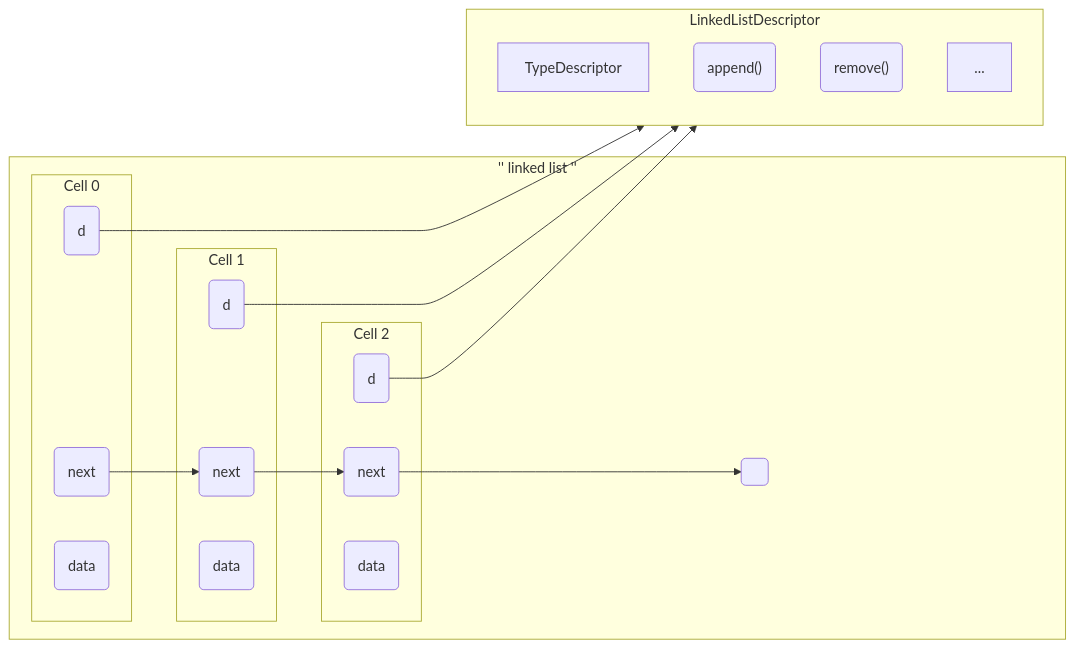
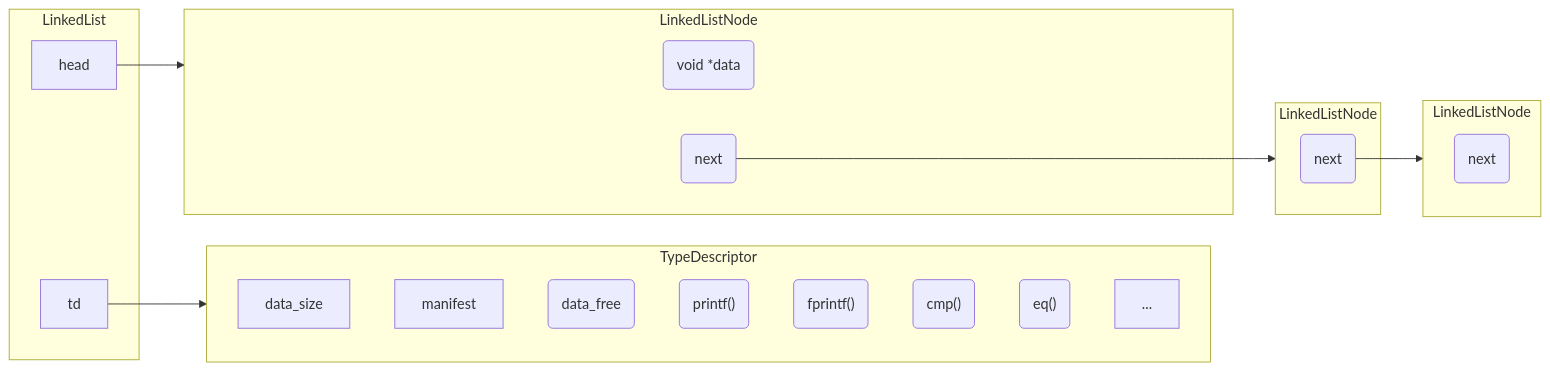
One commit to 4nt0ineB/MyLittleCLibrary changed the second of 2 diagrams in docs/implementation.md. Above: the diagram before and after it, drawn with Mermaid. The commit also changed other lines of this file and 12 other files, not shown here.

````diff
--- a/docs/implementation.md
+++ b/docs/implementation.md
@@ -75,33 +52,39 @@
 ```mermaid
 flowchart  LR
-	d0 --> lld
-	d1 --> lld
-	d2 --> lld
-	subgraph  lld[LinkedListDescriptor]
-		TypeDescriptor
-		f0("append()")
-		f1("remove()")
+
+	subgraph ll[LinkedList]
+		td
+		head
+	end
+	head --> cell0
+	td --> tdescriptor
+	 
+	subgraph  tdescriptor[TypeDescriptor]
+		data_size
+		manifest
+		f0("data_free")
+		f1("printf()")
+		f2("fprintf()")
+		f3("cmp()")
+		f4("eq()")
 		...
 	end
-	next0 --> next1
-	next1 --> next2
-	subgraph '' linked list ''
-		subgraph  Cell 0
-			v0(data)
-			next0(next)
-			d0(d)
-			end
-		subgraph  Cell 1
-			v1(data)
-			next1(next)
-			d1(d)
-		end
-		subgraph  Cell 2
-			v2(data)
-			next2(next)
-			d2(d)
-		end
-		next2 --> e( )
-	end
 	
+	subgraph cell0[LinkedListNode]
+        v0(void *data)
+        next0(next)
+        
+    end
+    next0 --> cell1
+    
+    subgraph cell1[LinkedListNode]
+        v0(void *data)
+        next1(next)
+    end
+    next1 --> cell2
+    
+    subgraph  cell2[LinkedListNode]
+        v0(void *data)
+        next2(next)
+    end
 ```
````
